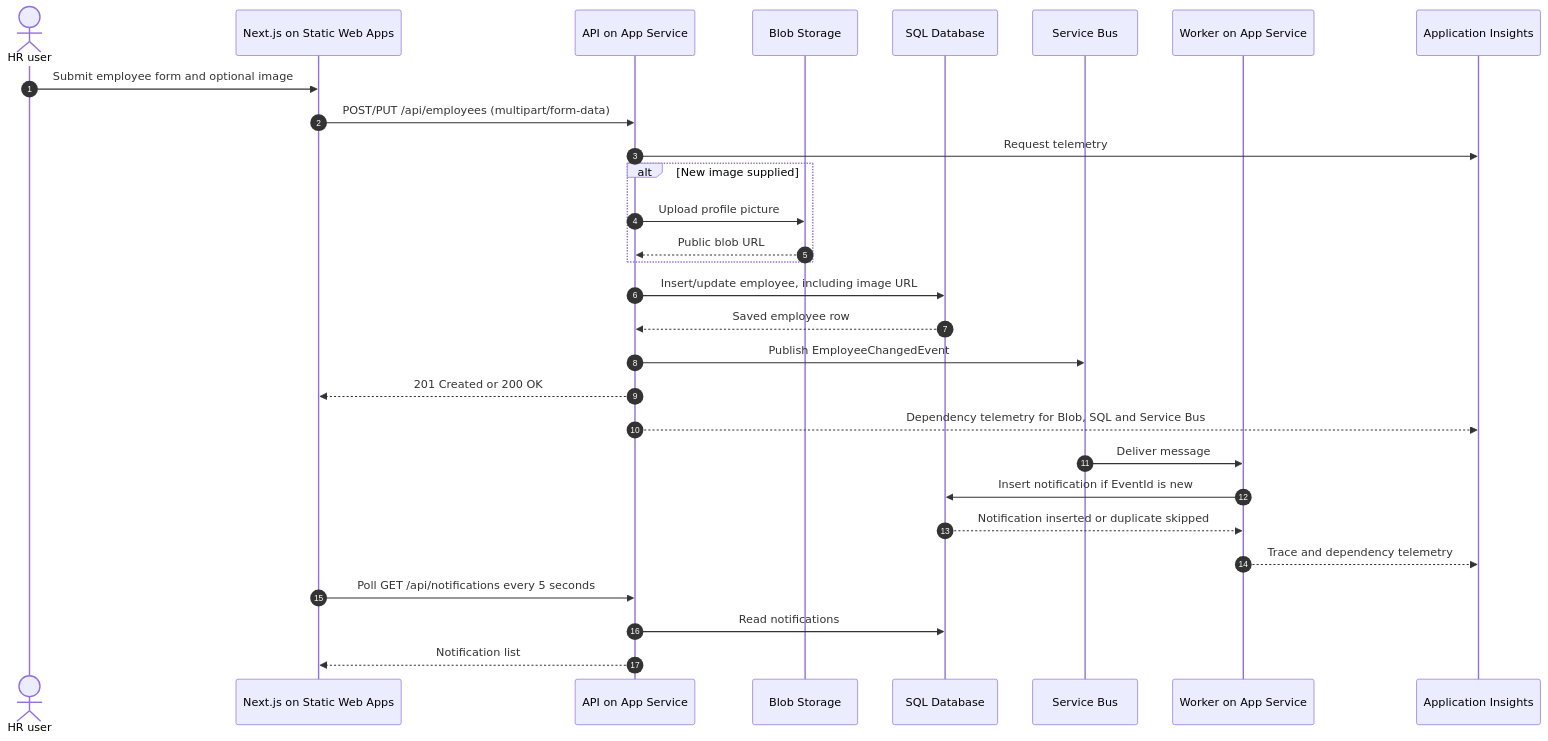
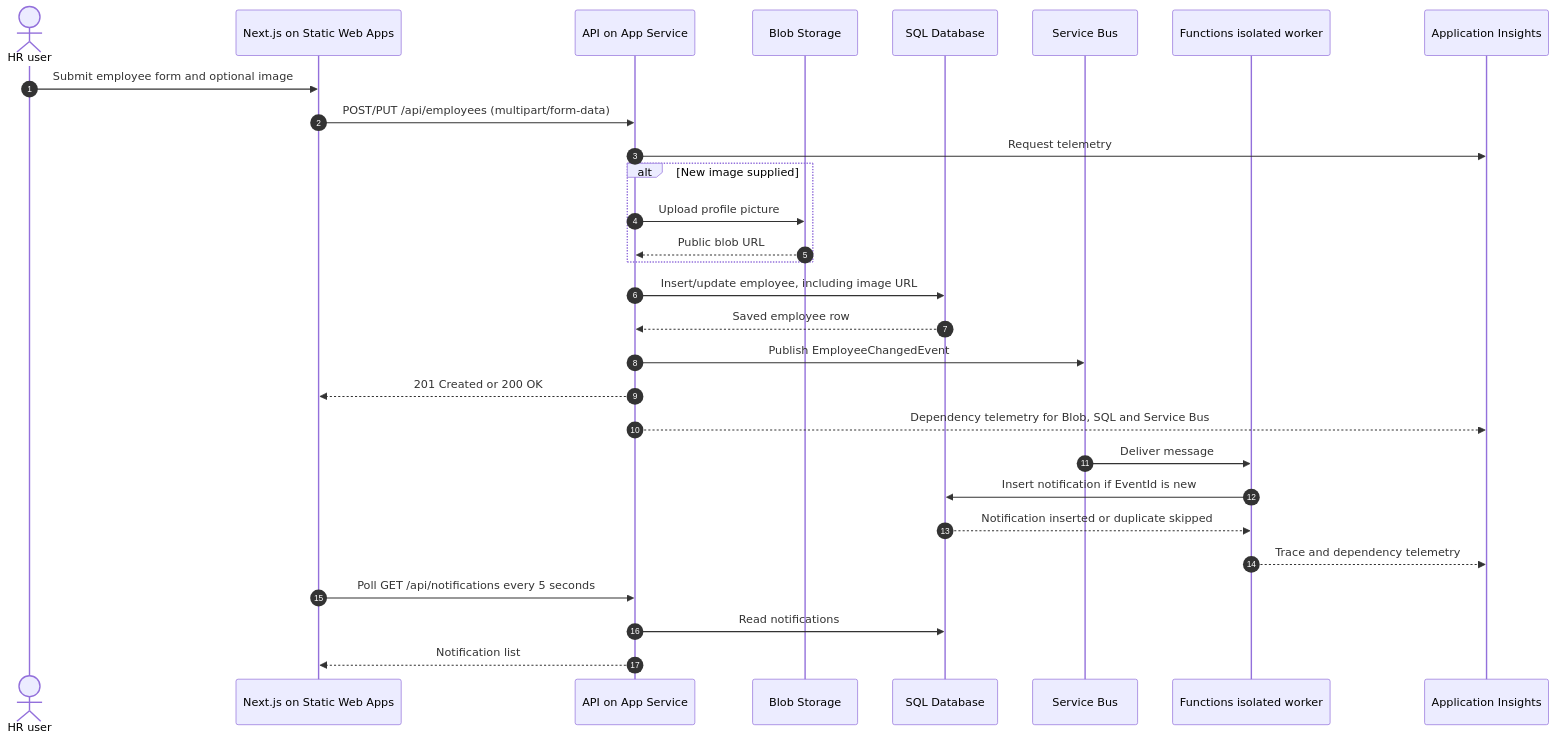
The second of 2 diagrams in docs/architecture.md (JDSRAO/EmployeeOnBoarding), drawn with Mermaid before and after one commit. The commit also changed other lines of this file and 32 other files, not shown here.

Commit message:
"Added Dependency so that it can run in Docker and Implemented Function"

````diff
--- a/docs/architecture.md
+++ b/docs/architecture.md
@@ -60,33 +63,33 @@
 ```mermaid
 sequenceDiagram
     autonumber
     actor User as HR user
     participant UI as Next.js on Static Web Apps
     participant API as API on App Service
     participant Blob as Blob Storage
     participant SQL as SQL Database
     participant SB as Service Bus
-    participant Worker as Worker on App Service
+    participant Function as Functions isolated worker
     participant AI as Application Insights
 
     User->>UI: Submit employee form and optional image
     UI->>API: POST/PUT /api/employees (multipart/form-data)
     API->>AI: Request telemetry
     alt New image supplied
         API->>Blob: Upload profile picture
         Blob-->>API: Public blob URL
     end
     API->>SQL: Insert/update employee, including image URL
     SQL-->>API: Saved employee row
     API->>SB: Publish EmployeeChangedEvent
     API-->>UI: 201 Created or 200 OK
     API-->>AI: Dependency telemetry for Blob, SQL and Service Bus
 
-    SB->>Worker: Deliver message
-    Worker->>SQL: Insert notification if EventId is new
-    SQL-->>Worker: Notification inserted or duplicate skipped
-    Worker-->>AI: Trace and dependency telemetry
+    SB->>Function: Deliver message
+    Function->>SQL: Insert notification if EventId is new
+    SQL-->>Function: Notification inserted or duplicate skipped
+    Function-->>AI: Trace and dependency telemetry
     UI->>API: Poll GET /api/notifications every 5 seconds
     API->>SQL: Read notifications
     API-->>UI: Notification list
 ```
````
